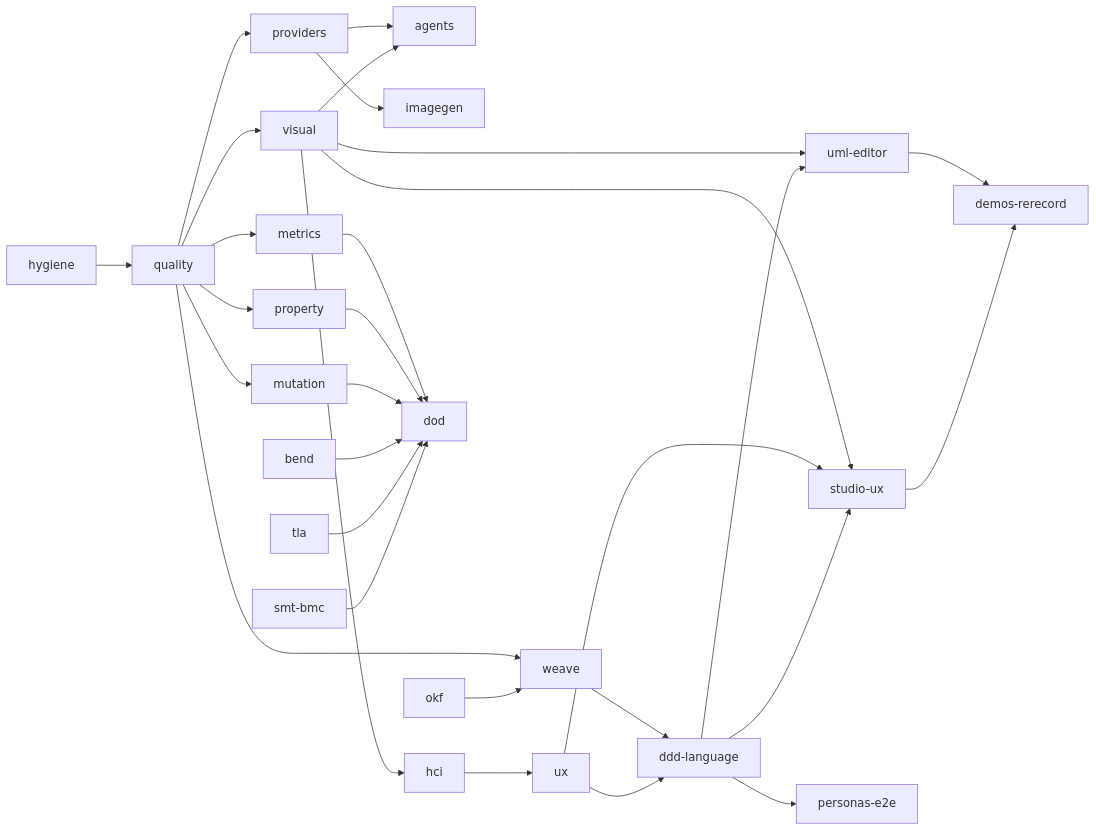
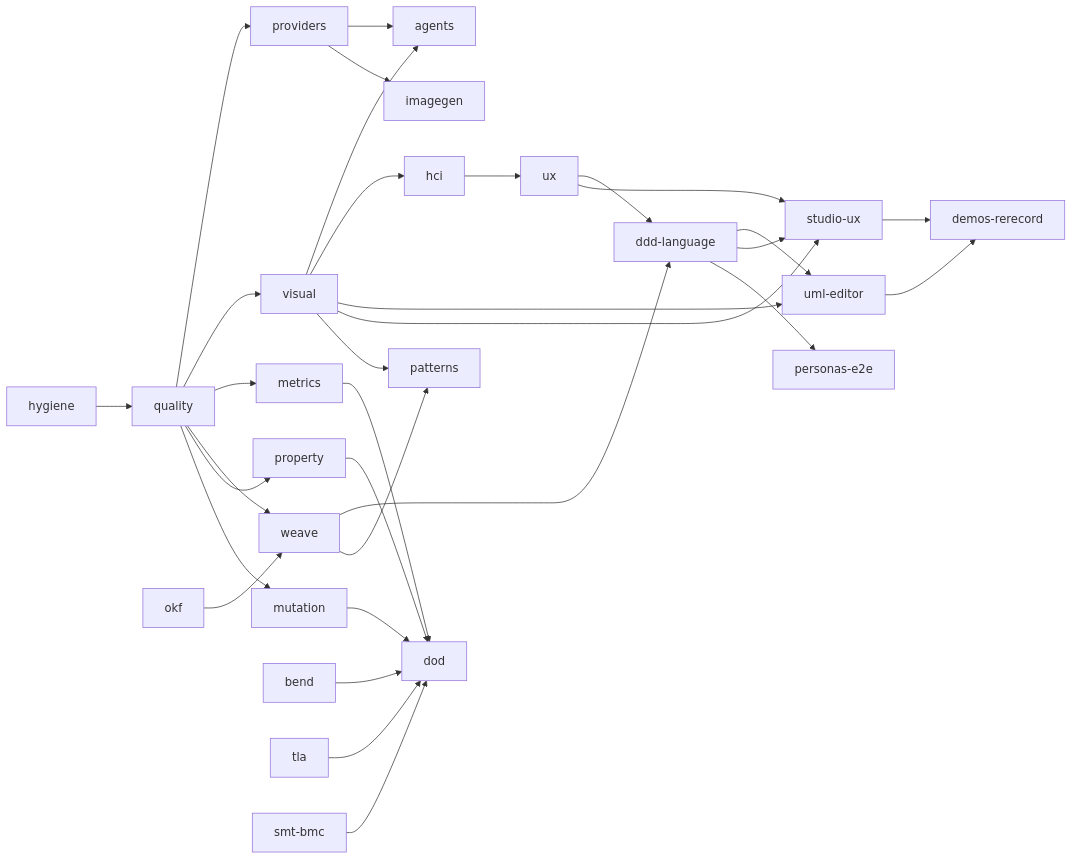
The diagram in docs/engineering/LANE-MAP.md (45ck/eija-studio), drawn with Mermaid before and after one commit. The commit also changed other lines of this file and 1 other file, not shown here.

First line of the commit message:
docs: record the owner's product decisions; add the patterns lane; re-estimate horizons

````diff
--- a/docs/engineering/LANE-MAP.md
+++ b/docs/engineering/LANE-MAP.md
@@ -31,15 +32,16 @@
 ```mermaid
 flowchart LR
   hygiene --> quality
   quality --> providers & visual & metrics & weave & property & mutation
   providers --> agents & imagegen
   visual --> agents & hci & uml-editor & studio-ux
   hci --> ux
   okf --> weave
   weave --> ddd-language
   ux --> ddd-language & studio-ux
   ddd-language --> uml-editor & studio-ux & personas-e2e
+  weave & visual --> patterns
   metrics --> dod
   property & mutation & bend & tla & smt-bmc --> dod
   uml-editor & studio-ux --> demos-rerecord
 ```
````
